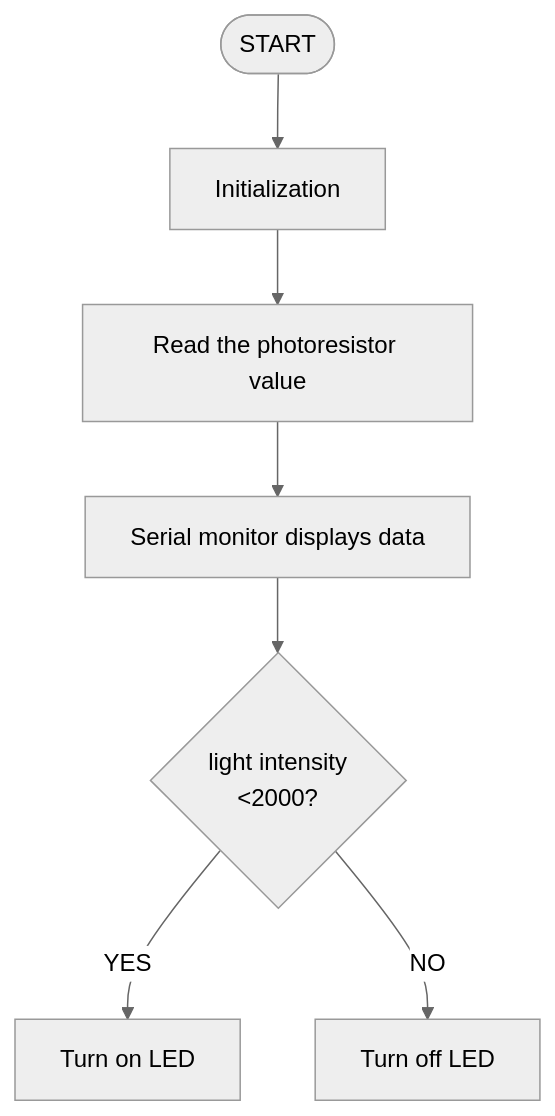
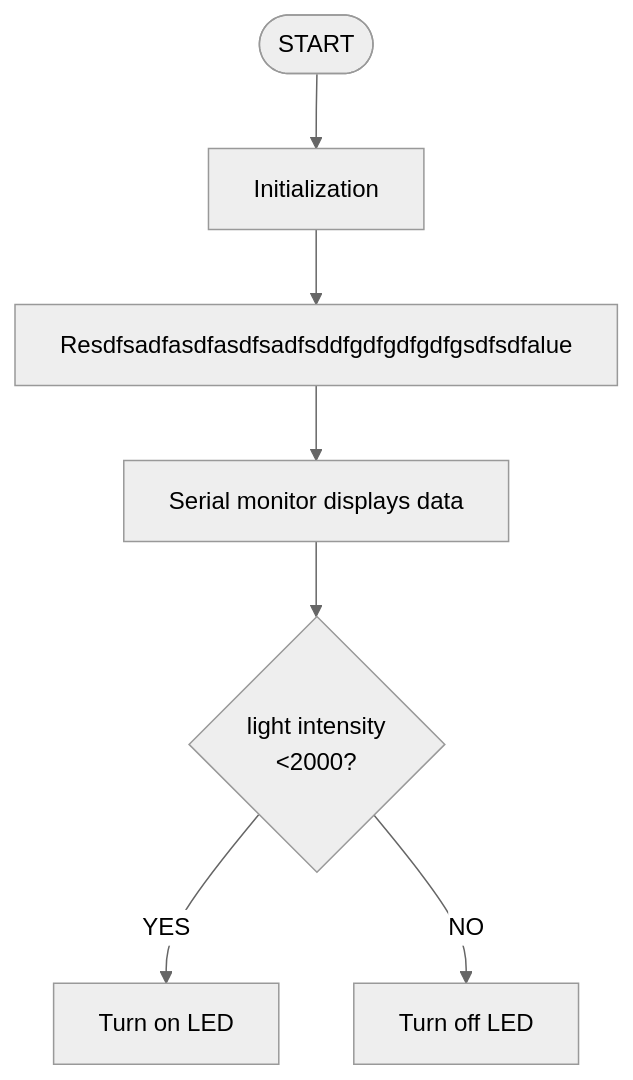
One commit to keyestudio/KS0597- changed the fifth of 6 diagrams in docs/4.Arduino Projects/4.3 Projects/Project 1.md. Above: the diagram before and after it, drawn with Mermaid (neutral theme). The commit also changed other lines of this file, not shown here.

````diff
--- a/docs/4.Arduino Projects/4.3 Projects/Project 1.md
+++ b/docs/4.Arduino Projects/4.3 Projects/Project 1.md
@@ -395,10 +395,10 @@
 ```mermaid
 graph TD
     A([START]) --> B[Initialization]
-    B --> C[Read the photoresistor value]
+    B --> C[Resdfsadfasdfasdfsadfsddfgdfgdfgdfgsdfsdfalue]
     C --> D[Serial monitor displays data]
     D --> E{light intensity<br><2000?}
     E -- YES --> F[Turn on LED]
     E -- NO --> G[Turn off LED]
    
 ```
````
